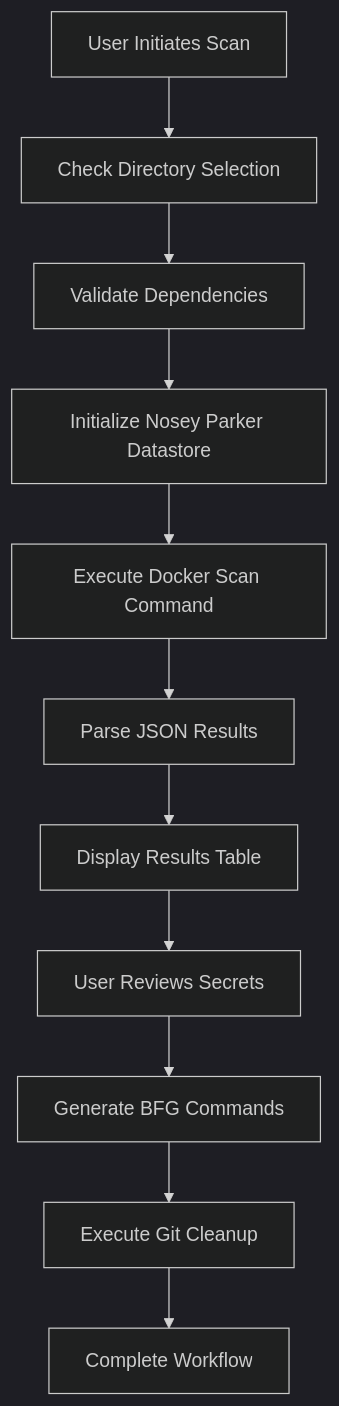
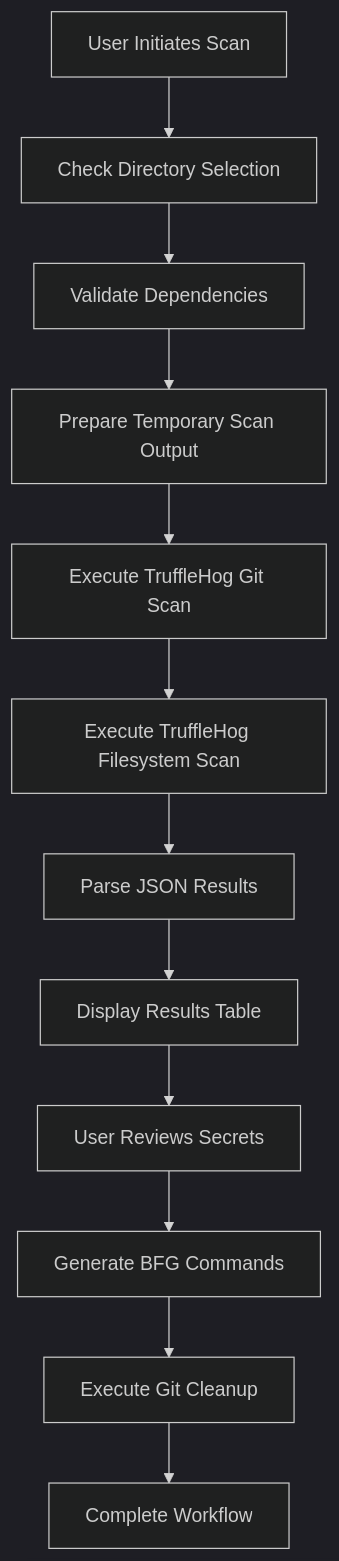
The first of 2 diagrams in docs/ARCHITECTURE.md (nikolareljin/leak-lock), drawn with Mermaid (dark theme) before and after one commit. The commit also changed other lines of this file and 14 other files, not shown here.

Commit message:
feat: implementation of scanning with TruffleHog instead of Nosey Parker

````diff
--- a/docs/ARCHITECTURE.md
+++ b/docs/ARCHITECTURE.md
@@ -60,13 +60,14 @@
 ```mermaid
 graph TD
     A[User Initiates Scan] --> B[Check Directory Selection]
     B --> C[Validate Dependencies]
-    C --> D[Initialize Nosey Parker Datastore]
-    D --> E[Execute Docker Scan Command]
-    E --> F[Parse JSON Results]
-    F --> G[Display Results Table]
-    G --> H[User Reviews Secrets]
-    H --> I[Generate BFG Commands]
-    I --> J[Execute Git Cleanup]
-    J --> K[Complete Workflow]
+    C --> D[Prepare Temporary Scan Output]
+    D --> E[Execute TruffleHog Git Scan]
+    E --> F[Execute TruffleHog Filesystem Scan]
+    F --> G[Parse JSON Results]
+    G --> H[Display Results Table]
+    H --> I[User Reviews Secrets]
+    I --> J[Generate BFG Commands]
+    J --> K[Execute Git Cleanup]
+    K --> L[Complete Workflow]
 ```
````
